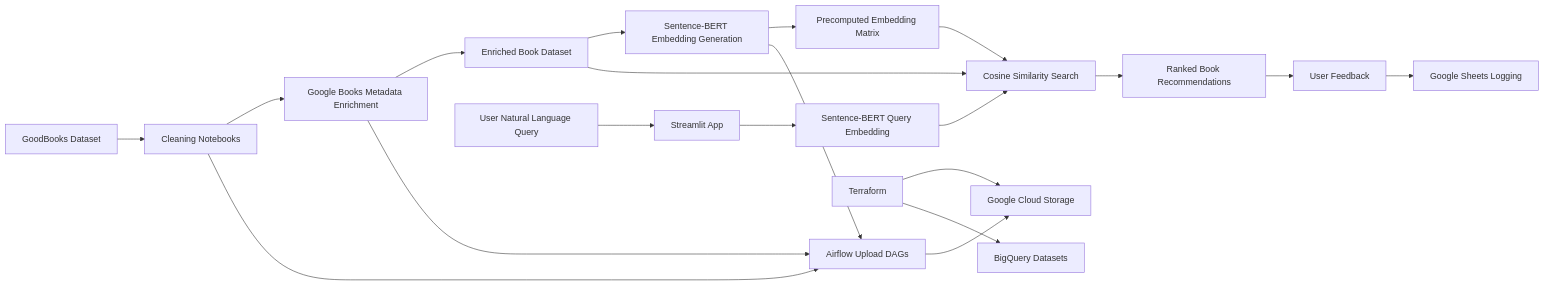
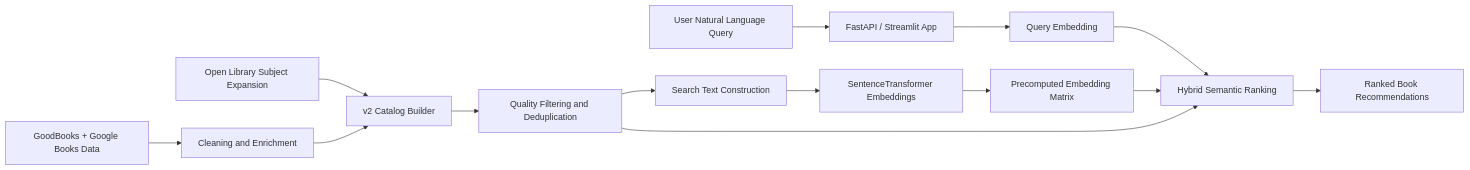
Before and after one commit to sntk-76/bookwise-ai: the diagram in README.md, drawn with Mermaid. The commit also changed other lines of this file and 10 other files, not shown here.

Commit message:
Improve Bookwise catalog and ranking

````diff
--- a/README.md
+++ b/README.md
@@ -35,24 +31,17 @@
 ```mermaid
 flowchart LR
-    A[GoodBooks Dataset] --> B[Cleaning Notebooks]
-    B --> C[Google Books Metadata Enrichment]
-    C --> D[Enriched Book Dataset]
-    D --> E[Sentence-BERT Embedding Generation]
-    E --> F[Precomputed Embedding Matrix]
+    A[GoodBooks + Google Books Data] --> B[Cleaning and Enrichment]
+    C[Open Library Subject Expansion] --> D[v2 Catalog Builder]
+    B --> D
+    D --> E[Quality Filtering and Deduplication]
+    E --> F[Search Text Construction]
+    F --> G[SentenceTransformer Embeddings]
+    G --> H[Precomputed Embedding Matrix]
 
-    G[User Natural Language Query] --> H[Streamlit App]
-    H --> I[Sentence-BERT Query Embedding]
-    I --> J[Cosine Similarity Search]
-    F --> J
-    D --> J
-    J --> K[Ranked Book Recommendations]
-    K --> L[User Feedback]
-    L --> M[Google Sheets Logging]
-
-    B --> N[Airflow Upload DAGs]
-    C --> N
-    E --> N
-    N --> O[Google Cloud Storage]
-    P[Terraform] --> O
-    P --> Q[BigQuery Datasets]
+    I[User Natural Language Query] --> J[FastAPI / Streamlit App]
+    J --> K[Query Embedding]
+    K --> L[Hybrid Semantic Ranking]
+    H --> L
+    E --> L
+    L --> M[Ranked Book Recommendations]
 ```
````
